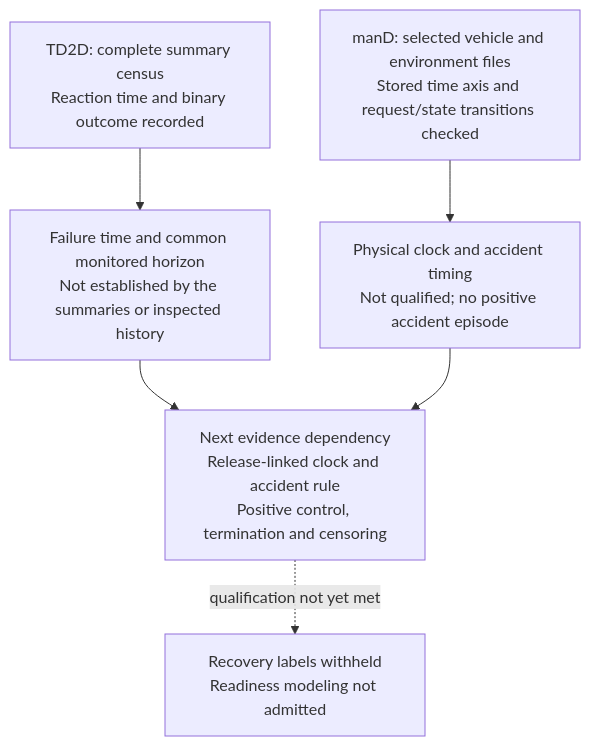
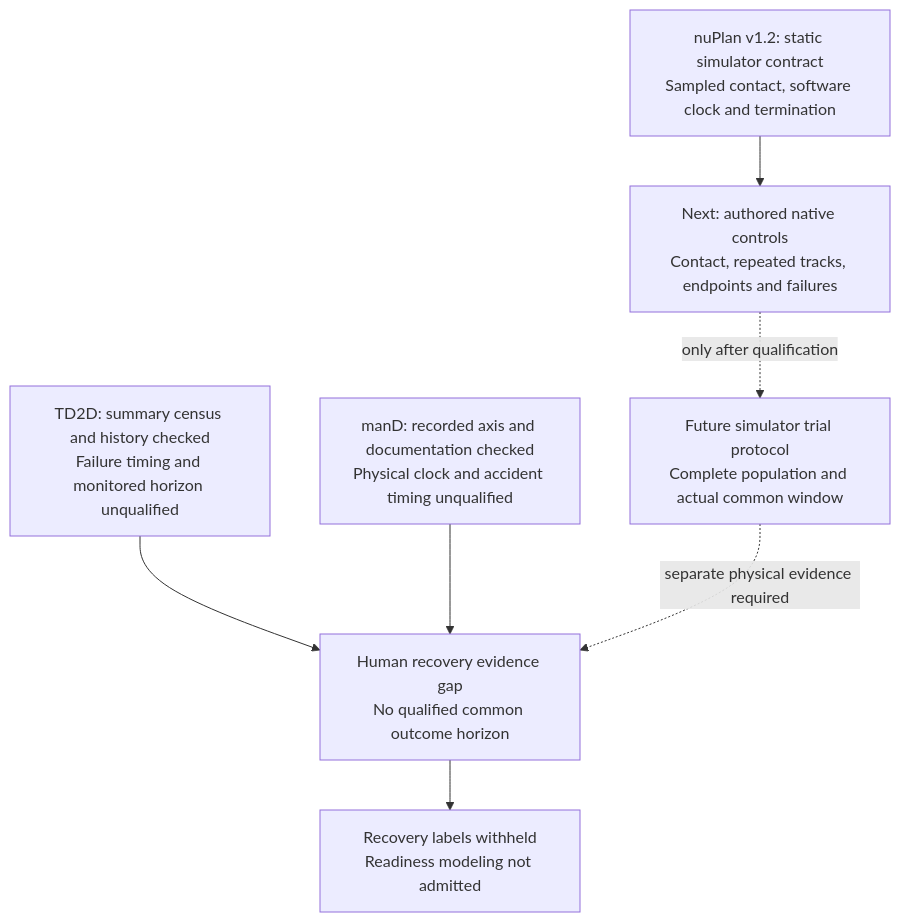
The sixth of 9 diagrams in README.md (manfromnowhere143/reiyah), drawn with Mermaid before and after one commit. The commit also changed other lines of this file and 6 other files, not shown here.

````diff
--- a/README.md
+++ b/README.md
@@ -340,8 +347,9 @@
 ```mermaid
 flowchart TB
-  T["TD2D: complete summary census<br/>Reaction time and binary outcome recorded"] --> U["Failure time and common monitored horizon<br/>Not established by the summaries or inspected history"]
-  M["manD: selected vehicle and environment files<br/>Stored time axis and request/state transitions checked"] --> V["Physical clock and accident timing<br/>Not qualified; no positive accident episode"]
-  U --> N["Next evidence dependency<br/>Release-linked clock and accident rule<br/>Positive control, termination and censoring"]
-  V --> N
-  N -. "qualification not yet met" .-> O["Recovery labels withheld<br/>Readiness modeling not admitted"]
+  T["TD2D: summary census and history checked<br/>Failure timing and monitored horizon unqualified"] --> G["Human recovery evidence gap<br/>No qualified common outcome horizon"]
+  M["manD: recorded axis and documentation checked<br/>Physical clock and accident timing unqualified"] --> G
+  N["nuPlan v1.2: static simulator contract<br/>Sampled contact, software clock and termination"] --> C["Next: authored native controls<br/>Contact, repeated tracks, endpoints and failures"]
+  C -. "only after qualification" .-> W["Future simulator trial protocol<br/>Complete population and actual common window"]
+  W -. "separate physical evidence required" .-> G
+  G --> O["Recovery labels withheld<br/>Readiness modeling not admitted"]
 ```
````
